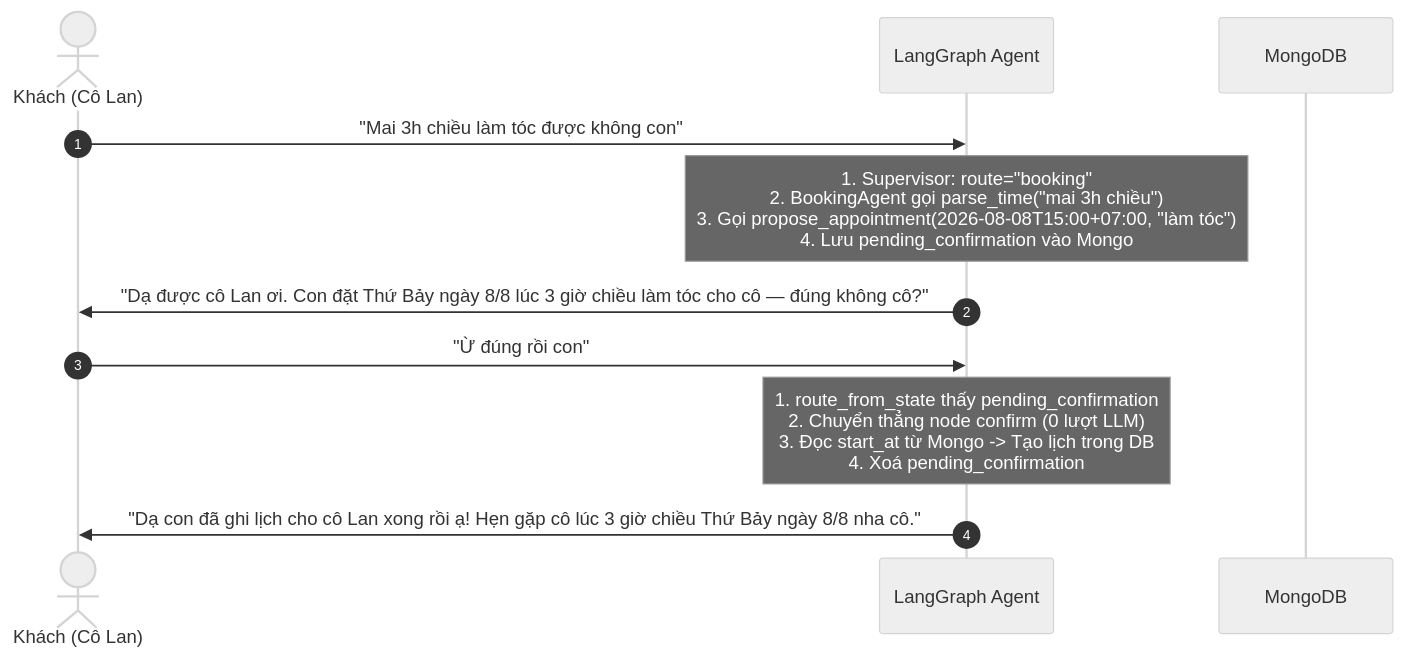
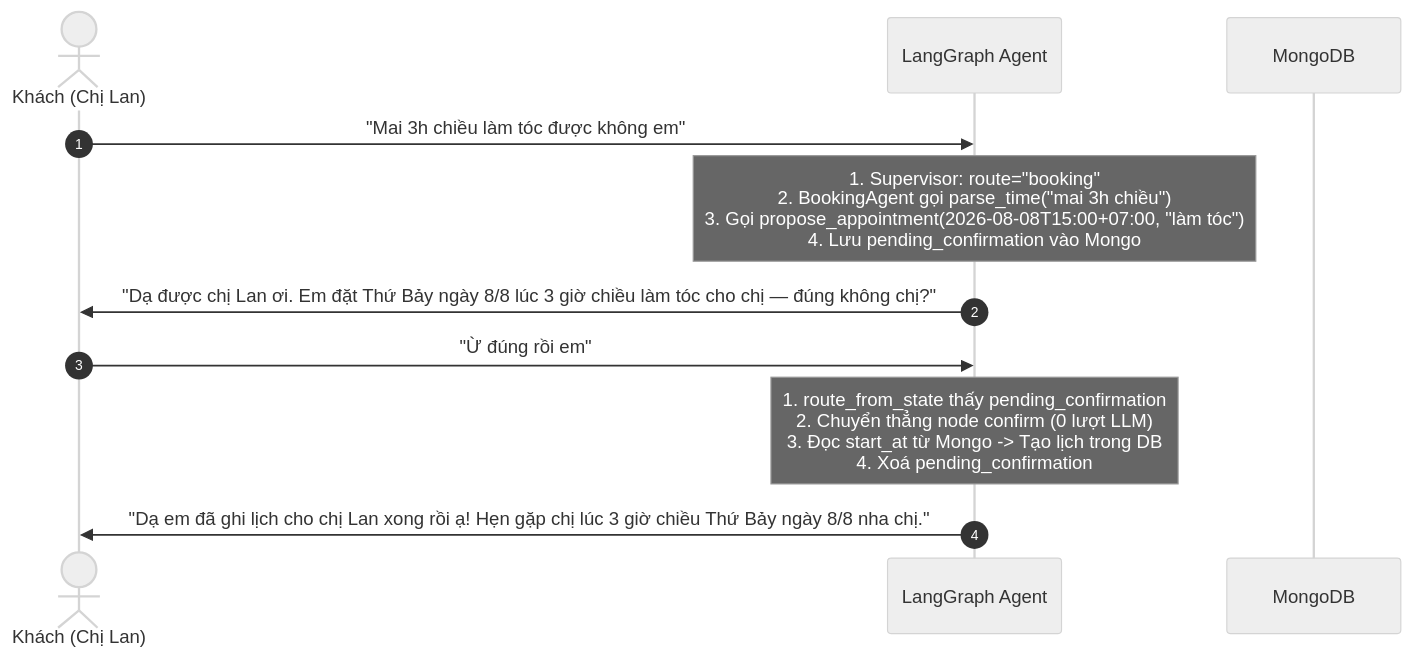
Before and after one commit to BuiHenry1404/salona-booking: the diagram in docs/test-scenarios/02-llm-chat-scenarios.md, drawn with Mermaid (neutral theme). The commit also changed other lines of this file and 35 other files, not shown here.

````diff
--- a/docs/test-scenarios/02-llm-chat-scenarios.md
+++ b/docs/test-scenarios/02-llm-chat-scenarios.md
@@ -66,13 +66,13 @@
 ```mermaid
 sequenceDiagram
     autonumber
-    actor Khach as Khách (Cô Lan)
+    actor Khach as Khách (Chị Lan)
     participant AI as LangGraph Agent
     participant DB as MongoDB
-    Khach->>AI: "Mai 3h chiều làm tóc được không con"
+    Khach->>AI: "Mai 3h chiều làm tóc được không em"
     Note over AI: 1. Supervisor: route="booking"<br/>2. BookingAgent gọi parse_time("mai 3h chiều")<br/>3. Gọi propose_appointment(2026-08-08T15:00+07:00, "làm tóc")<br/>4. Lưu pending_confirmation vào Mongo
-    AI->>Khach: "Dạ được cô Lan ơi. Con đặt Thứ Bảy ngày 8/8 lúc 3 giờ chiều làm tóc cho cô — đúng không cô?"
-    Khach->>AI: "Ừ đúng rồi con"
+    AI->>Khach: "Dạ được chị Lan ơi. Em đặt Thứ Bảy ngày 8/8 lúc 3 giờ chiều làm tóc cho chị — đúng không chị?"
+    Khach->>AI: "Ừ đúng rồi em"
     Note over AI: 1. route_from_state thấy pending_confirmation<br/>2. Chuyển thẳng node confirm (0 lượt LLM)<br/>3. Đọc start_at từ Mongo -> Tạo lịch trong DB<br/>4. Xoá pending_confirmation
-    AI->>Khach: "Dạ con đã ghi lịch cho cô Lan xong rồi ạ! Hẹn gặp cô lúc 3 giờ chiều Thứ Bảy ngày 8/8 nha cô."
+    AI->>Khach: "Dạ em đã ghi lịch cho chị Lan xong rồi ạ! Hẹn gặp chị lúc 3 giờ chiều Thứ Bảy ngày 8/8 nha chị."
 ```
````
